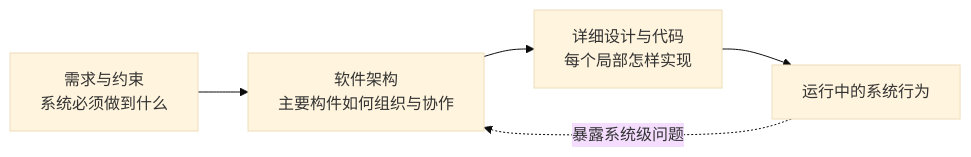
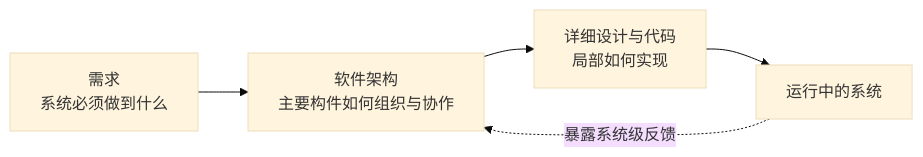
One commit to 74262195/system-architect-notes changed the diagram in 01_综合知识/06_软件架构设计/01_软件架构是什么：为什么需要架构视角.md. Above: the diagram before and after it, drawn with Mermaid (base theme). The commit also changed other lines of this file and 3 other files, not shown here.

Commit message:
feat: audit and expand software architecture views

````diff
--- a/01_综合知识/06_软件架构设计/01_软件架构是什么：为什么需要架构视角.md
+++ b/01_综合知识/06_软件架构设计/01_软件架构是什么：为什么需要架构视角.md
@@ -99,7 +93,7 @@
 ```mermaid
 flowchart LR
-    A["需求与约束<br/>系统必须做到什么"] --> B["软件架构<br/>主要构件如何组织与协作"]
-    B --> C["详细设计与代码<br/>每个局部怎样实现"]
-    C --> D["运行中的系统行为"]
-    D -. "暴露系统级问题" .-> B
+    A["需求<br/>系统必须做到什么"] --> B["软件架构<br/>主要构件如何组织与协作"]
+    B --> C["详细设计与代码<br/>局部如何实现"]
+    C --> D["运行中的系统"]
+    D -. "暴露系统级反馈" .-> B
 ```
````
